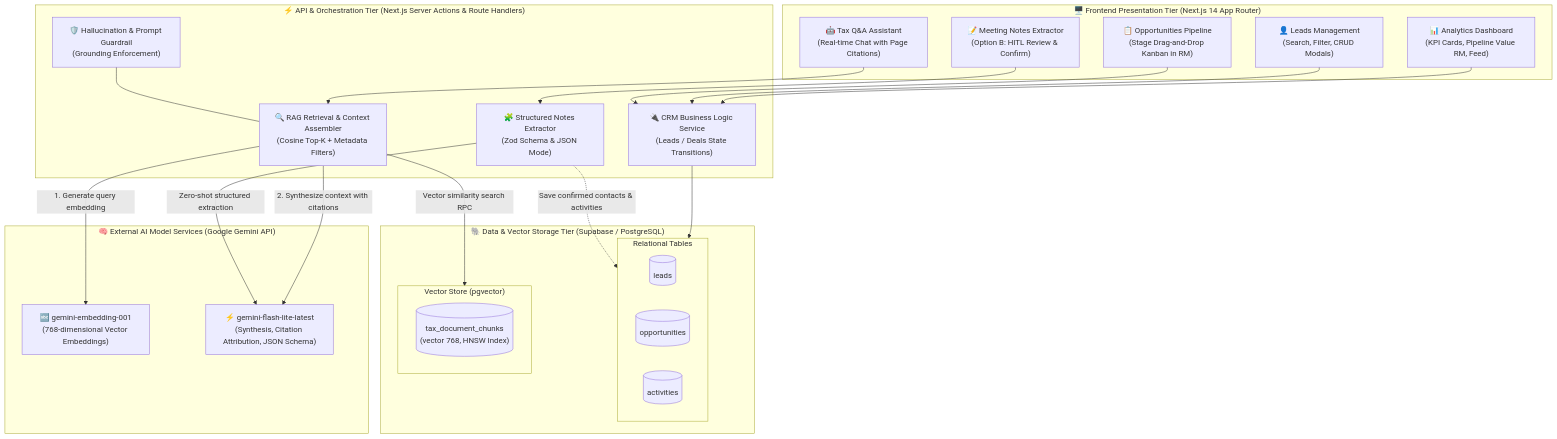
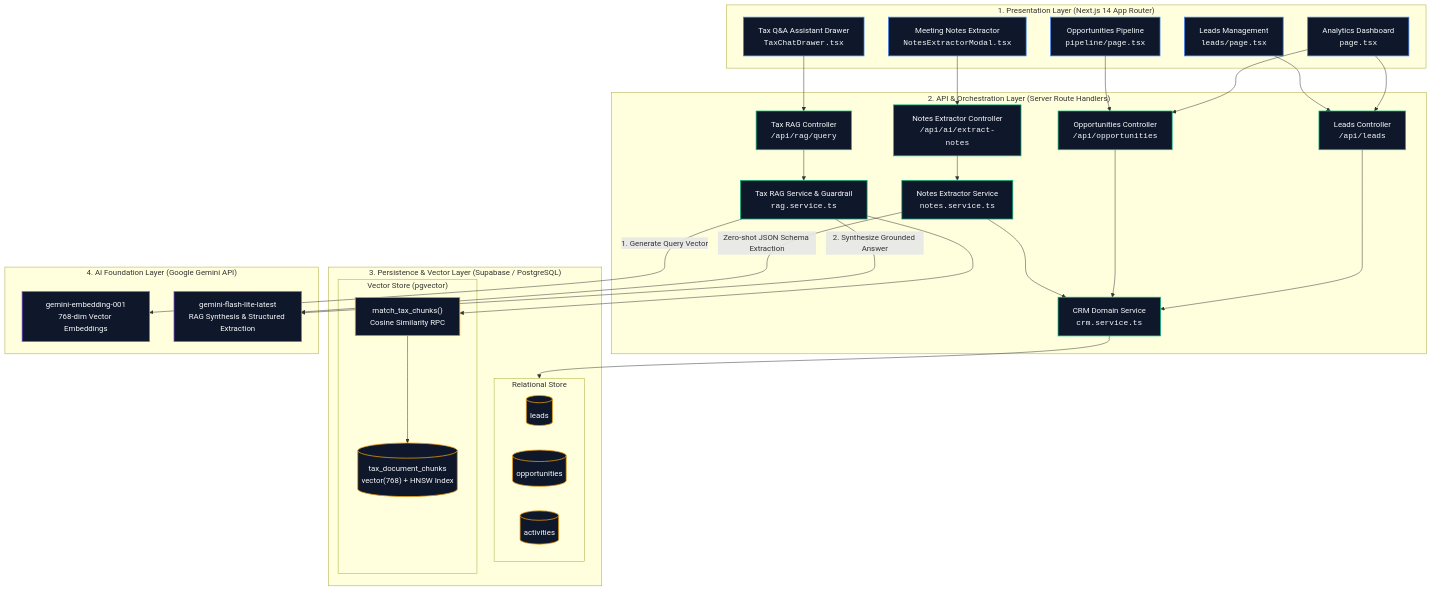
One commit to abrahamhoo21/taxflow-ai changed the first of 3 diagrams in ARCHITECTURE.md. Above: the diagram before and after it, drawn with Mermaid. The commit also changed other lines of this file and 1 other file, not shown here.

Commit message:
style(docs): elevate system architecture diagram to clean enterprise dark aesthetic

````diff
--- a/ARCHITECTURE.md
+++ b/ARCHITECTURE.md
@@ -13,51 +13,68 @@
 ```mermaid
 flowchart TB
-    subgraph Client["🖥️ Frontend Presentation Tier (Next.js 14 App Router)"]
-        Dashboard["📊 Analytics Dashboard<br/>(KPI Cards, Pipeline Value RM, Feed)"]
-        LeadsUI["👤 Leads Management<br/>(Search, Filter, CRUD Modals)"]
-        KanbanUI["📋 Opportunities Pipeline<br/>(Stage Drag-and-Drop Kanban in RM)"]
-        RAGDrawer["🤖 Tax Q&A Assistant<br/>(Real-time Chat with Page Citations)"]
-        NotesModal["📝 Meeting Notes Extractor<br/>(Option B: HITL Review & Confirm)"]
+    classDef client fill:#0f172a,stroke:#3b82f6,stroke-width:1.5px,color:#f8fafc;
+    classDef api fill:#0f172a,stroke:#10b981,stroke-width:1.5px,color:#f8fafc;
+    classDef db fill:#0f172a,stroke:#f59e0b,stroke-width:1.5px,color:#f8fafc;
+    classDef ai fill:#0f172a,stroke:#8b5cf6,stroke-width:1.5px,color:#f8fafc;
+
+    subgraph Tier1["1. Presentation Layer (Next.js 14 App Router)"]
+        Dashboard["Analytics Dashboard<br/><code>page.tsx</code>"]:::client
+        LeadsUI["Leads Management<br/><code>leads/page.tsx</code>"]:::client
+        KanbanUI["Opportunities Pipeline<br/><code>pipeline/page.tsx</code>"]:::client
+        RAGDrawer["Tax Q&A Assistant Drawer<br/><code>TaxChatDrawer.tsx</code>"]:::client
+        NotesModal["Meeting Notes Extractor<br/><code>NotesExtractorModal.tsx</code>"]:::client
     end
 
-    subgraph Backend["⚡ API & Orchestration Tier (Next.js Server Actions & Route Handlers)"]
-        CRMController["🔌 CRM Business Logic Service<br/>(Leads / Deals State Transitions)"]
-        RAGService["🔍 RAG Retrieval & Context Assembler<br/>(Cosine Top-K + Metadata Filters)"]
-        GuardService["🛡️ Hallucination & Prompt Guardrail<br/>(Grounding Enforcement)"]
-        ExtractorService["🧩 Structured Notes Extractor<br/>(Zod Schema & JSON Mode)"]
+    subgraph Tier2["2. API & Orchestration Layer (Server Route Handlers)"]
+        LeadsAPI["Leads Controller<br/><code>/api/leads</code>"]:::api
+        OppsAPI["Opportunities Controller<br/><code>/api/opportunities</code>"]:::api
+        RAGController["Tax RAG Controller<br/><code>/api/rag/query</code>"]:::api
+        NotesAPI["Notes Extractor Controller<br/><code>/api/ai/extract-notes</code>"]:::api
+
+        CRMService["CRM Domain Service<br/><code>crm.service.ts</code>"]:::api
+        RAGService["Tax RAG Service & Guardrail<br/><code>rag.service.ts</code>"]:::api
+        NotesService["Notes Extractor Service<br/><code>notes.service.ts</code>"]:::api
     end
 
-    subgraph DataTier["🐘 Data & Vector Storage Tier (Supabase / PostgreSQL)"]
-        subgraph Relational["Relational Tables"]
-            T_Leads[("leads")]
-            T_Opps[("opportunities")]
-            T_Acts[("activities")]
+    subgraph Tier3["3. Persistence & Vector Layer (Supabase / PostgreSQL)"]
+        subgraph RelationalStore["Relational Store"]
+            T_Leads[("leads")]:::db
+            T_Opps[("opportunities")]:::db
+            T_Acts[("activities")]:::db
         end
-        subgraph VectorDB["Vector Store (pgvector)"]
-            T_Chunks[("tax_document_chunks<br/>(vector 768, HNSW Index)")]
+        subgraph VectorStore["Vector Store (pgvector)"]
+            T_Chunks[("tax_document_chunks<br/>vector(768) + HNSW Index")]:::db
+            RPC_Match["match_tax_chunks()<br/>Cosine Similarity RPC"]:::db
         end
     end
 
-    subgraph ExternalAI["🧠 External AI Model Services (Google Gemini API)"]
-        EmbeddingModel["🔤 gemini-embedding-001<br/>(768-dimensional Vector Embeddings)"]
-        ChatLLM["⚡ gemini-flash-lite-latest<br/>(Synthesis, Citation Attribution, JSON Schema)"]
+    subgraph Tier4["4. AI Foundation Layer (Google Gemini API)"]
+        EmbedAPI["gemini-embedding-001<br/>768-dim Vector Embeddings"]:::ai
+        ChatAPI["gemini-flash-lite-latest<br/>RAG Synthesis & Structured Extraction"]:::ai
     end
 
-    %% Client to Backend
-    Dashboard --> CRMController
-    LeadsUI --> CRMController
-    KanbanUI --> CRMController
-    RAGDrawer --> RAGService
-    NotesModal --> ExtractorService
+    %% Presentation to API Controllers
+    Dashboard --> LeadsAPI
+    Dashboard --> OppsAPI
+    LeadsUI --> LeadsAPI
+    KanbanUI --> OppsAPI
+    RAGDrawer --> RAGController
+    NotesModal --> NotesAPI
 
-    %% Backend to Database
-    CRMController --> Relational
-    ExtractorService -.->|Save confirmed contacts & activities| Relational
-    RAGService -->|Vector similarity search RPC| VectorDB
+    %% Controllers to Domain Services
+    LeadsAPI --> CRMService
+    OppsAPI --> CRMService
+    RAGController --> RAGService
+    NotesAPI --> NotesService
 
-    %% Backend to External AI
-    RAGService -->|1. Generate query embedding| EmbeddingModel
-    RAGService -->|2. Synthesize context with citations| ChatLLM
-    GuardService --- RAGService
-    ExtractorService -->|Zero-shot structured extraction| ChatLLM
+    %% Services to Data Layer
+    CRMService --> RelationalStore
+    NotesService --> CRMService
+    RAGService --> RPC_Match
+    RPC_Match --> T_Chunks
+
+    %% Services to Foundation AI
+    RAGService -->|1. Generate Query Vector| EmbedAPI
+    RAGService -->|2. Synthesize Grounded Answer| ChatAPI
+    NotesService -->|Zero-shot JSON Schema Extraction| ChatAPI
 ```
````
